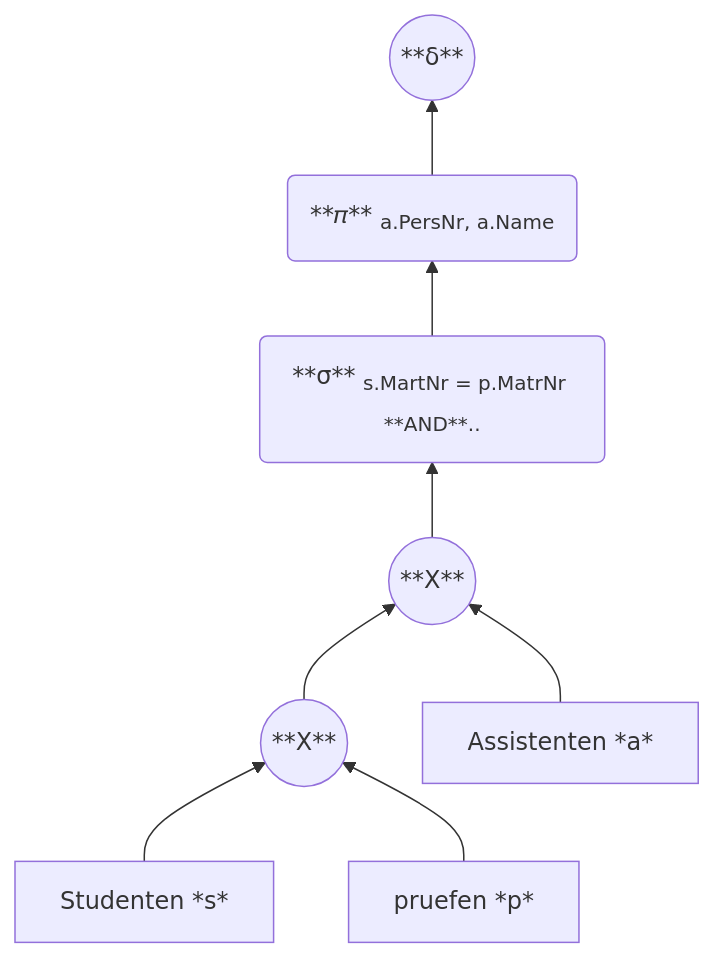
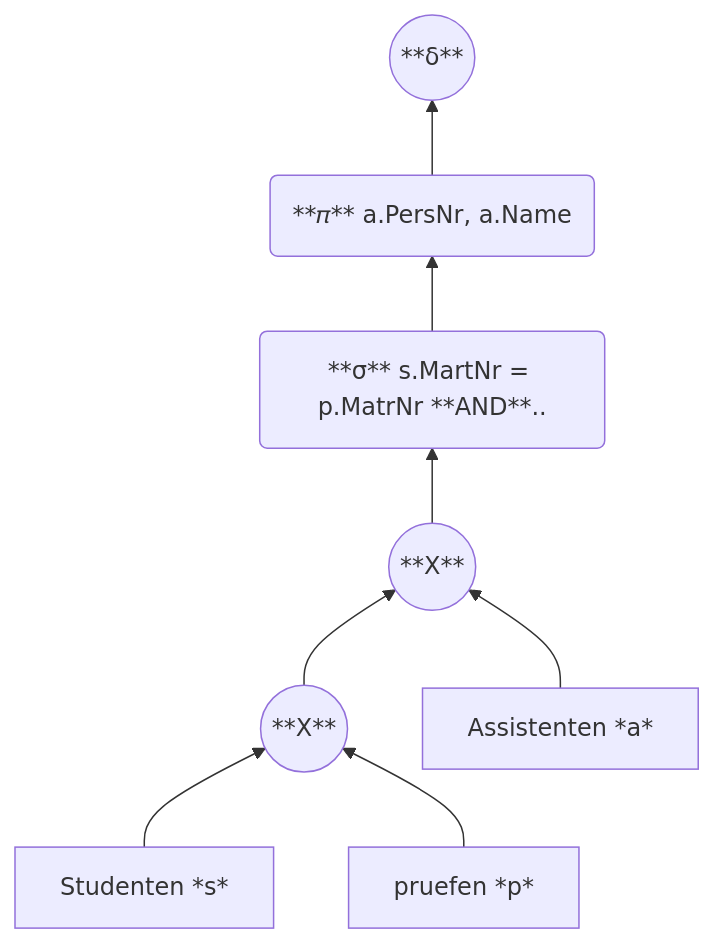
One commit to IxI-Enki/DbiTheorie-001 changed the first of 3 diagrams in canonic-translation/example-optimierung.md. Above: the diagram before and after it, drawn with Mermaid. The commit also changed other lines of this file, not shown here.

````diff
--- a/canonic-translation/example-optimierung.md
+++ b/canonic-translation/example-optimierung.md
@@ -20,25 +20,25 @@
 ```mermaid
 flowchart BT
   0((**δ**))
-  d(**𝜋** <sub> a.PersNr, a.Name</sub> )
-  w(**σ** <sub>s.MartNr = p.MatrNr **AND**..</sub>)
+  d(**𝜋** a.PersNr, a.Name )
+  w(**σ** s.MartNr = p.MatrNr **AND**..)
   
 %%  sJ[s.Name   = 'Jonas']
 %%  ap[a.Boss   = p.PersNr]
 %%  sp[s.MatrNr = p.MatrNr]
 
   x1((**X**))
   x0((**X**))
   
   a[Assistenten *a*]
   s[Studenten *s*]
   p[pruefen *p*]
 
   x1 --> w
   x0 --> x1
   s --> x0
   a --> x1
   p --> x0
   w --> d
   d --> 0
 ```
````
